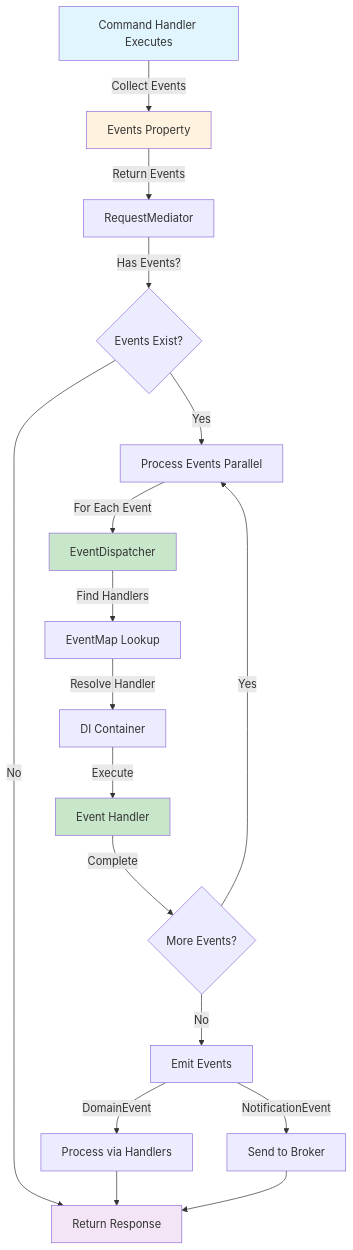
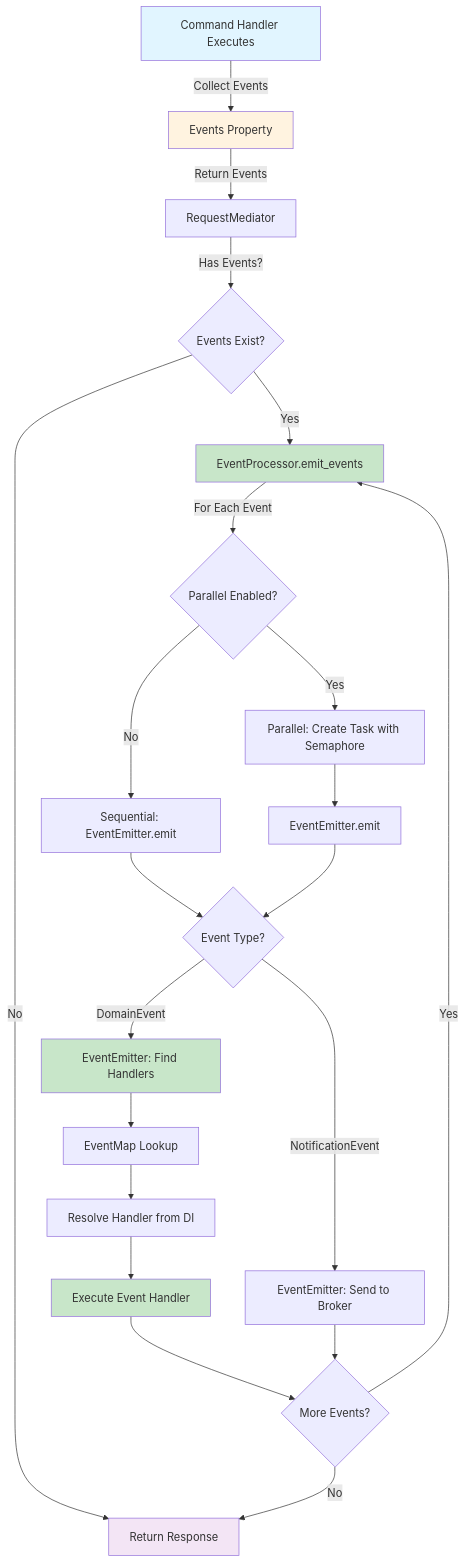
The second of 3 diagrams in docs/event_handler/event_flow.md (vadikko2/python-cqrs-mkdocs), drawn with Mermaid before and after one commit. The commit also changed other lines of this file and 2 other files, not shown here.

Commit message:
Fix event processing documentation

````diff
--- a/docs/event_handler/event_flow.md
+++ b/docs/event_handler/event_flow.md
@@ -50,30 +57,37 @@
 ```mermaid
 graph TD
     A[Command Handler Executes] -->|Collect Events| B[Events Property]
     B -->|Return Events| C[RequestMediator]
     C -->|Has Events?| D{Events Exist?}
     
     D -->|No| E[Return Response]
-    D -->|Yes| F[Process Events Parallel]
+    D -->|Yes| F[EventProcessor.emit_events]
     
-    F -->|For Each Event| G[EventDispatcher]
-    G -->|Find Handlers| H[EventMap Lookup]
-    H -->|Resolve Handler| I[DI Container]
-    I -->|Execute| J[Event Handler]
-    J -->|Complete| K{More Events?}
+    F -->|For Each Event| G{Parallel Enabled?}
     
-    K -->|Yes| F
-    K -->|No| L[Emit Events]
+    G -->|No| H[Sequential: EventEmitter.emit]
+    G -->|Yes| I[Parallel: Create Task with Semaphore]
+    I --> J[EventEmitter.emit]
     
-    L -->|DomainEvent| M[Process via Handlers]
-    L -->|NotificationEvent| N[Send to Broker]
+    H --> K{Event Type?}
+    J --> K
     
-    M --> E
-    N --> E
+    K -->|DomainEvent| L[EventEmitter: Find Handlers]
+    K -->|NotificationEvent| M[EventEmitter: Send to Broker]
+    
+    L --> N[EventMap Lookup]
+    N --> O[Resolve Handler from DI]
+    O --> P[Execute Event Handler]
+    P --> Q{More Events?}
+    
+    M --> Q
+    Q -->|Yes| F
+    Q -->|No| E
     
     style A fill:#e1f5ff
     style B fill:#fff3e0
-    style G fill:#c8e6c9
-    style J fill:#c8e6c9
+    style F fill:#c8e6c9
+    style L fill:#c8e6c9
+    style P fill:#c8e6c9
     style E fill:#f3e5f5
 ```
````
